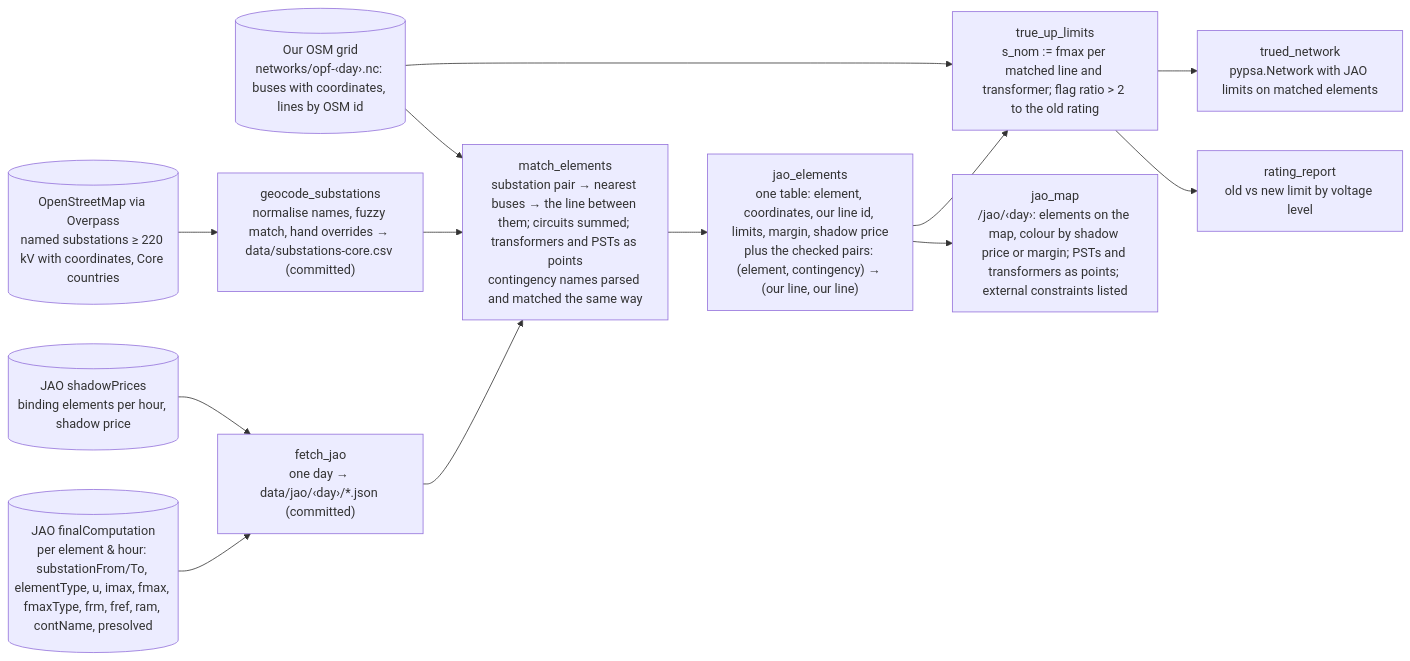
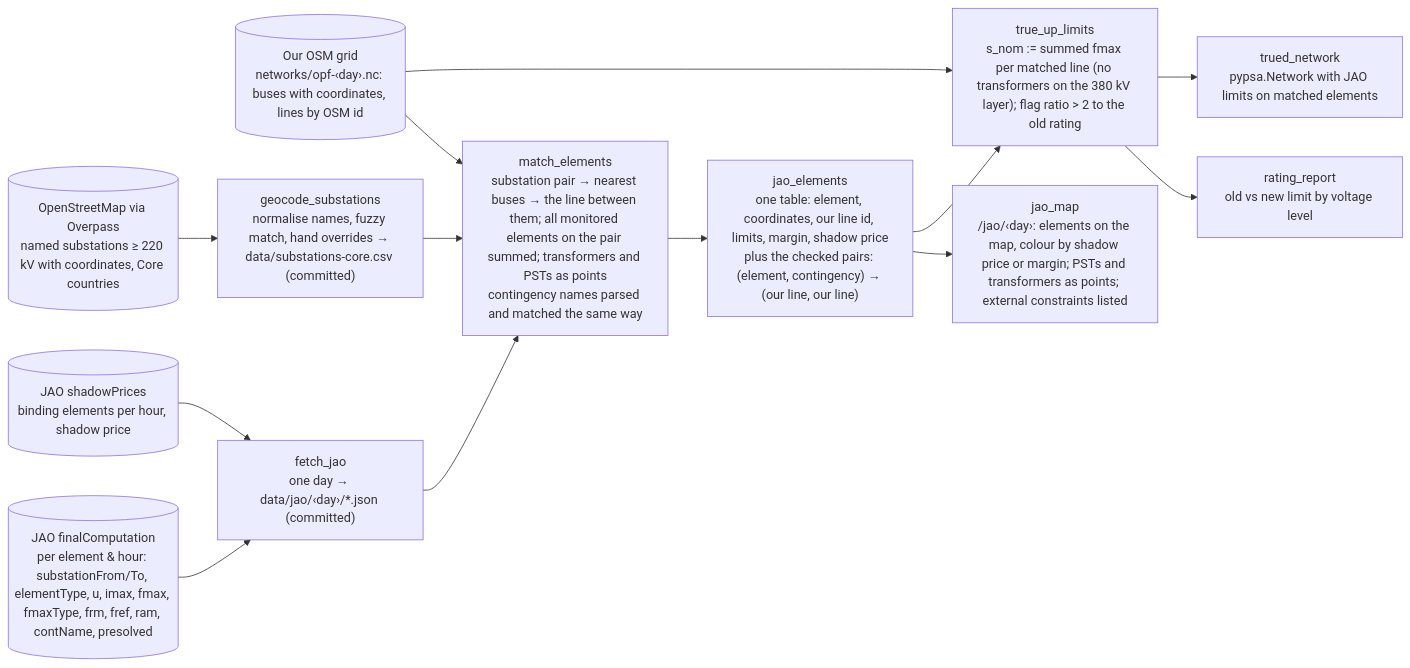
Before and after one commit to zoltanmaric/coppersushi: the diagram in wiki/specs/jao-grid.md, drawn with Mermaid. The commit also changed other lines of this file, not shown here.

````diff
--- a/wiki/specs/jao-grid.md
+++ b/wiki/specs/jao-grid.md
@@ -18,29 +23,29 @@
 ```mermaid
 flowchart LR
 
     jao_fc[("JAO finalComputation<br/>per element & hour: substationFrom/To, elementType, u, imax, fmax, fmaxType, frm, fref, ram, contName, presolved")]
     jao_sp[("JAO shadowPrices<br/>binding elements per hour, shadow price")]
     osm_subs[("OpenStreetMap via Overpass<br/>named substations ≥ 220 kV with coordinates, Core countries")]
     grid[("Our OSM grid<br/>networks/opf-‹day›.nc: buses with coordinates, lines by OSM id")]
 
     fetch["fetch_jao<br/>one day → data/jao/‹day›/*.json (committed)"]
     geocode["geocode_substations<br/>normalise names, fuzzy match, hand overrides → data/substations-core.csv (committed)"]
-    match["match_elements<br/>substation pair → nearest buses → the line between them; circuits summed; transformers and PSTs as points<br/>contingency names parsed and matched the same way"]
-    true_up["true_up_limits<br/>s_nom := fmax per matched line and transformer; flag ratio &gt; 2 to the old rating"]
+    match["match_elements<br/>substation pair → nearest buses → the line between them; all monitored elements on the pair summed; transformers and PSTs as points<br/>contingency names parsed and matched the same way"]
+    true_up["true_up_limits<br/>s_nom := summed fmax per matched line (no transformers on the 380 kV layer); flag ratio &gt; 2 to the old rating"]
 
     elements["jao_elements<br/>one table: element, coordinates, our line id, limits, margin, shadow price<br/>plus the checked pairs: (element, contingency) → (our line, our line)"]
     limits["trued_network<br/>pypsa.Network with JAO limits on matched elements"]
     report["rating_report<br/>old vs new limit by voltage level"]
 
     map["jao_map<br/>/jao/‹day›: elements on the map, colour by shadow price or margin; PSTs and transformers as points; external constraints listed"]
 
     jao_fc --> fetch
     jao_sp --> fetch
     fetch --> match
     osm_subs --> geocode --> match
     grid --> match --> elements
     elements --> map
     elements --> true_up
     grid --> true_up --> limits
     true_up --> report
 ```
````
